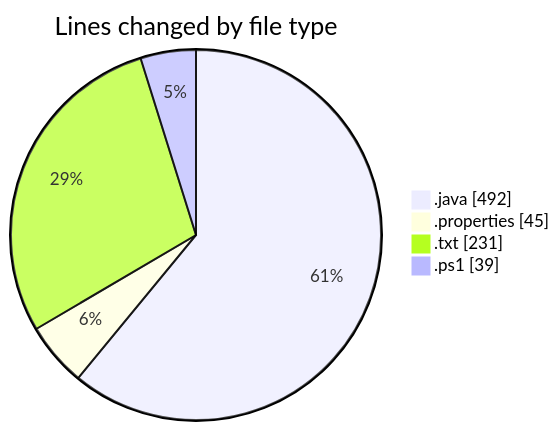
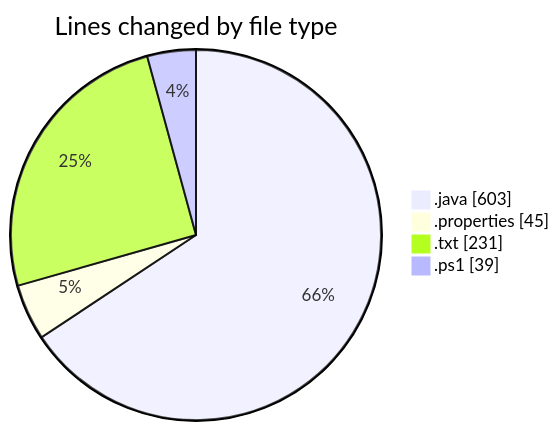
The first of 2 diagrams in 2026-03-03/cilapp/README.md (ricardozamudiocil/code-tracking), drawn with Mermaid before and after one commit. The commit also changed other lines of this file and 1 other file, not shown here.

````diff
--- a/2026-03-03/cilapp/README.md
+++ b/2026-03-03/cilapp/README.md
@@ -27,8 +27,8 @@
 ```mermaid
 pie showData
 title Lines changed by file type
-".java" : 492
+".java" : 603
 ".properties" : 45
 ".txt" : 231
 ".ps1" : 39
 ```
````
